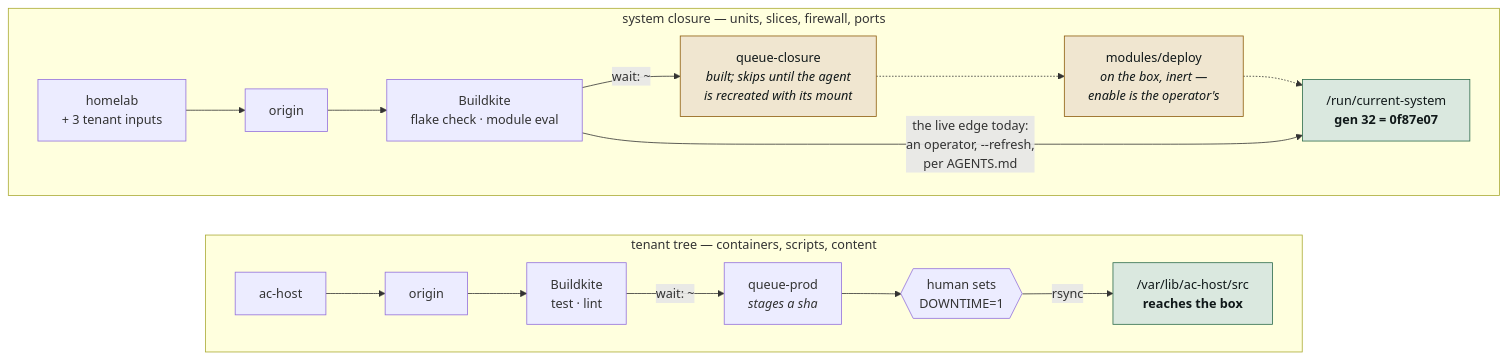
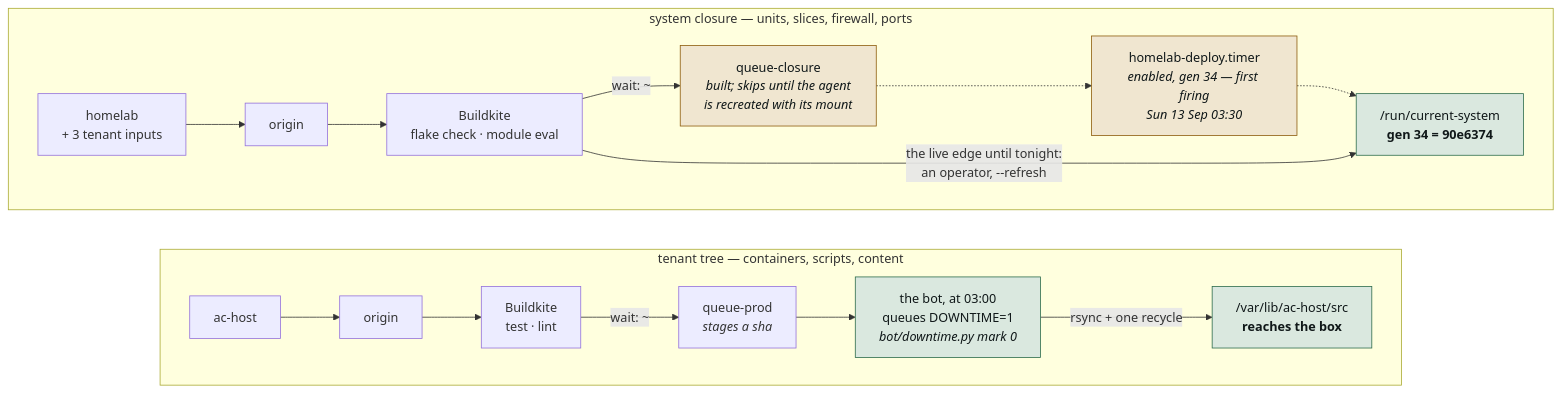
One commit to imkarrer/homelab changed the second of 5 diagrams in docs/architecture.md. Above: the diagram before and after it, drawn with Mermaid. The commit also changed other lines of this file and 2 other files, not shown here.

````diff
--- a/docs/architecture.md
+++ b/docs/architecture.md
@@ -62,28 +62,28 @@
 ```mermaid
 flowchart LR
     subgraph TENANT ["tenant tree — containers, scripts, content"]
         direction LR
         A1["ac-host"] --> A2["origin"]
         A2 --> A3["Buildkite<br/>test · lint"]
         A3 -- "wait: ~" --> A4["queue-prod<br/><i>stages a sha</i>"]
-        A4 --> A5{{"human sets<br/>DOWNTIME=1"}}
-        A5 -- "rsync" --> A6["/var/lib/ac-host/src<br/><b>reaches the box</b>"]
+        A4 --> A5["the bot, at 03:00<br/>queues DOWNTIME=1<br/><i>bot/downtime.py mark 0</i>"]
+        A5 -- "rsync + one recycle" --> A6["/var/lib/ac-host/src<br/><b>reaches the box</b>"]
     end
 
     subgraph CLOSURE ["system closure — units, slices, firewall, ports"]
         direction LR
         B1["homelab<br/>+ 3 tenant inputs"] --> B2["origin"]
         B2 --> B3["Buildkite<br/>flake check · module eval"]
         B3 -- "wait: ~" --> B4["queue-closure<br/><i>built; skips until the agent<br/>is recreated with its mount</i>"]
-        B4 -.-> B5["modules/deploy<br/><i>on the box, inert —<br/>enable is the operator's</i>"]
-        B5 -.-> B6["/run/current-system<br/><b>gen 32 = 0f87e07</b>"]
-        B3 -- "the live edge today:<br/>an operator, --refresh,<br/>per AGENTS.md" --> B6
+        B4 -.-> B5["homelab-deploy.timer<br/><i>enabled, gen 34 — first firing<br/>Sun 13 Sep 03:30</i>"]
+        B5 -.-> B6["/run/current-system<br/><b>gen 34 = 90e6374</b>"]
+        B3 -- "the live edge until tonight:<br/>an operator, --refresh" --> B6
     end
 
     classDef ok fill:#dae8df,stroke:#2c6b4b,color:#101819;
     classDef gap fill:#f0dcda,stroke:#8f2f29,color:#101819;
     classDef pend fill:#f0e6d0,stroke:#8d5c0c,color:#101819;
-    class A6 ok;
+    class A5,A6 ok;
     class B4,B5 pend;
     class B6 ok;
 ```
````
